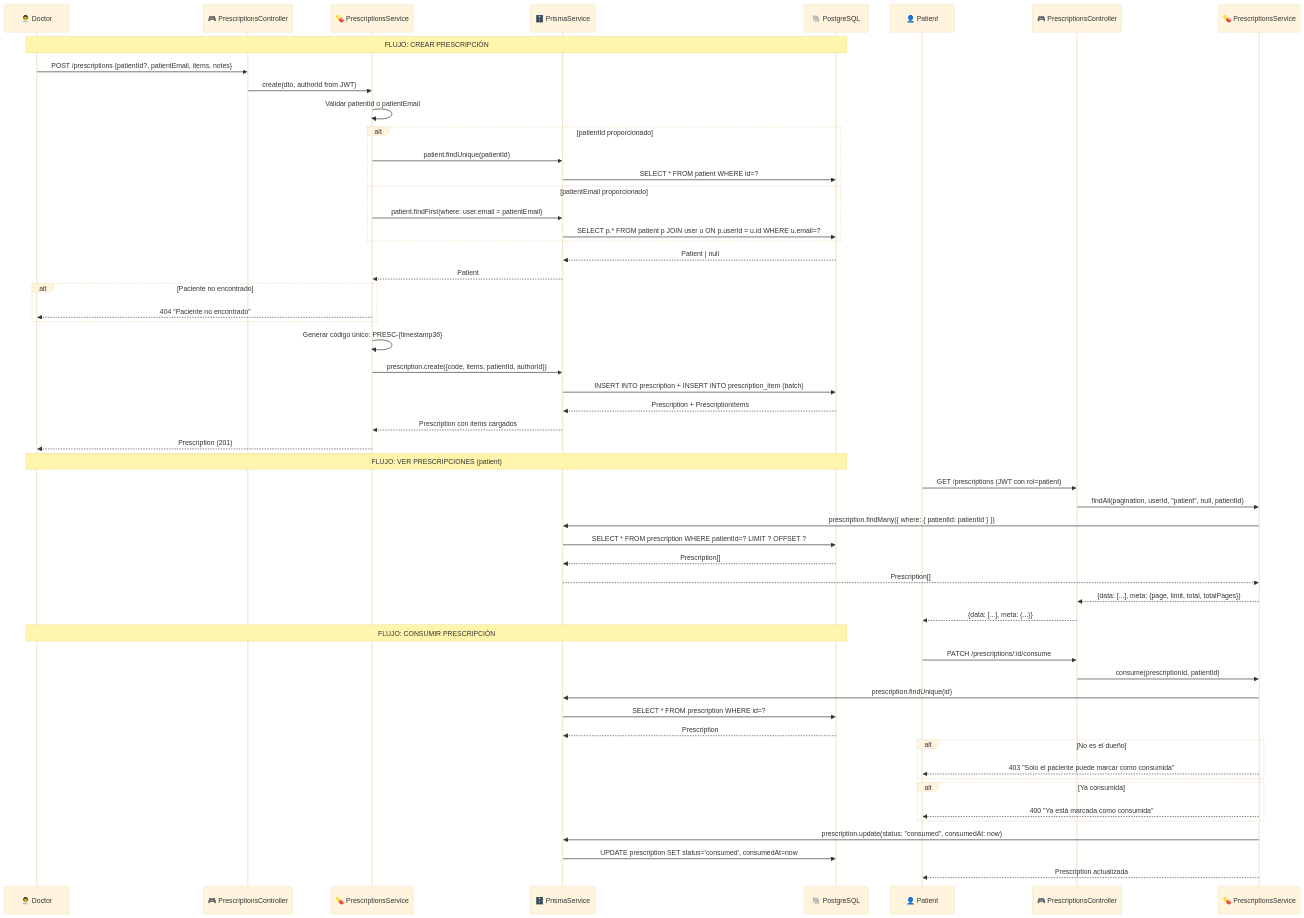
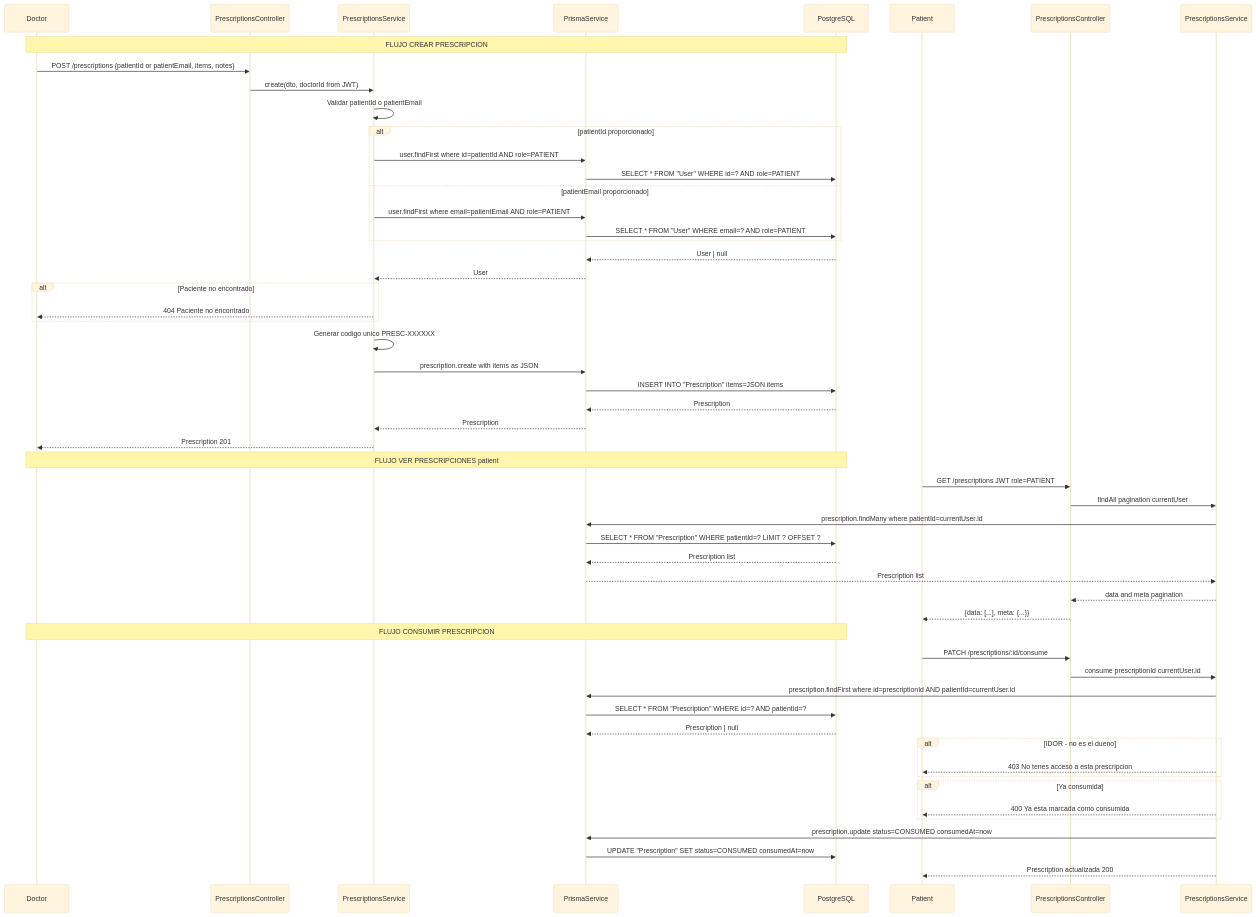
One commit to CristianMz21/prescriptions-app-backend changed the diagram in docs/diagrams/04-flujo-prescription.mmd. Above: the diagram before and after it, drawn with Mermaid. The commit also changed 27 other files, not shown here.

```diff
--- a/docs/diagrams/04-flujo-prescription.mmd
+++ b/docs/diagrams/04-flujo-prescription.mmd
@@ -1,67 +1,67 @@
 %%{init: {"theme": "base", "themeVariables": {"fontSize": "18px"}}}%%
 sequenceDiagram
-    participant D as 👨‍⚕️ Doctor
-    participant PC as 🎮 PrescriptionsController
-    participant PS as 💊 PrescriptionsService
-    participant PR as 🗄️ PrismaService
-    participant DB as 🐘 PostgreSQL
+    participant D as Doctor
+    participant PC as PrescriptionsController
+    participant PS as PrescriptionsService
+    participant PR as PrismaService
+    participant DB as PostgreSQL
 
-    Note over D,DB: FLUJO: CREAR PRESCRIPCIÓN
+    Note over D,DB: FLUJO CREAR PRESCRIPCION
 
-    D->>PC: POST /prescriptions {patientId?, patientEmail, items, notes}
-    PC->>PS: create(dto, authorId from JWT)
+    D->>PC: POST /prescriptions {patientId or patientEmail, items, notes}
+    PC->>PS: create(dto, doctorId from JWT)
     PS->>PS: Validar patientId o patientEmail
 
     alt patientId proporcionado
-        PS->>PR: patient.findUnique(patientId)
-        PR->>DB: SELECT * FROM patient WHERE id=?
+        PS->>PR: user.findFirst where id=patientId AND role=PATIENT
+        PR->>DB: SELECT * FROM "User" WHERE id=? AND role=PATIENT
     else patientEmail proporcionado
-        PS->>PR: patient.findFirst(where: user.email = patientEmail)
-        PR->>DB: SELECT p.* FROM patient p JOIN user u ON p.userId = u.id WHERE u.email=?
+        PS->>PR: user.findFirst where email=patientEmail AND role=PATIENT
+        PR->>DB: SELECT * FROM "User" WHERE email=? AND role=PATIENT
     end
 
-    DB-->>PR: Patient | null
-    PR-->>PS: Patient
+    DB-->>PR: User | null
+    PR-->>PS: User
 
     alt Paciente no encontrado
-        PS-->>D: 404 "Paciente no encontrado"
+        PS-->>D: 404 Paciente no encontrado
     end
 
-    PS->>PS: Generar código único: PRESC-{timestamp36}
-    PS->>PR: prescription.create({code, items, patientId, authorId})
-    PR->>DB: INSERT INTO prescription + INSERT INTO prescription_item (batch)
-    DB-->>PR: Prescription + PrescriptionItems
-    PR-->>PS: Prescription con items cargados
-    PS-->>D: Prescription (201)
+    PS->>PS: Generar codigo unico PRESC-XXXXXX
+    PS->>PR: prescription.create with items as JSON
+    PR->>DB: INSERT INTO "Prescription" items=JSON items
+    DB-->>PR: Prescription
+    PR-->>PS: Prescription
+    PS-->>D: Prescription 201
 
-    Note over D,DB: FLUJO: VER PRESCRIPCIONES (patient)
+    Note over D,DB: FLUJO VER PRESCRIPCIONES patient
 
-    participant Pt as 👤 Patient
-    participant PtC as 🎮 PrescriptionsController
-    participant PtS as 💊 PrescriptionsService
+    participant Pt as Patient
+    participant PtC as PrescriptionsController
+    participant PtS as PrescriptionsService
 
-    Pt->>PtC: GET /prescriptions (JWT con rol=patient)
-    PtC->>PtS: findAll(pagination, userId, "patient", null, patientId)
-    PtS->>PR: prescription.findMany({ where: { patientId: patientId } })
-    PR->>DB: SELECT * FROM prescription WHERE patientId=? LIMIT ? OFFSET ?
-    DB-->>PR: Prescription[]
-    PR-->>PtS: Prescription[]
-    PtS-->>PtC: {data: [...], meta: {page, limit, total, totalPages}}
+    Pt->>PtC: GET /prescriptions JWT role=PATIENT
+    PtC->>PtS: findAll pagination currentUser
+    PtS->>PR: prescription.findMany where patientId=currentUser.id
+    PR->>DB: SELECT * FROM "Prescription" WHERE patientId=? LIMIT ? OFFSET ?
+    DB-->>PR: Prescription list
+    PR-->>PtS: Prescription list
+    PtS-->>PtC: data and meta pagination
     PtC-->>Pt: {data: [...], meta: {...}}
 
-    Note over D,DB: FLUJO: CONSUMIR PRESCRIPCIÓN
+    Note over D,DB: FLUJO CONSUMIR PRESCRIPCION
 
     Pt->>PtC: PATCH /prescriptions/:id/consume
-    PtC->>PtS: consume(prescriptionId, patientId)
-    PtS->>PR: prescription.findUnique(id)
-    PR->>DB: SELECT * FROM prescription WHERE id=?
-    DB-->>PR: Prescription
-    alt No es el dueño
-        PtS-->>Pt: 403 "Solo el paciente puede marcar como consumida"
+    PtC->>PtS: consume prescriptionId currentUser.id
+    PtS->>PR: prescription.findFirst where id=prescriptionId AND patientId=currentUser.id
+    PR->>DB: SELECT * FROM "Prescription" WHERE id=? AND patientId=?
+    DB-->>PR: Prescription | null
+    alt IDOR - no es el dueno
+        PtS-->>Pt: 403 No tenes acceso a esta prescripcion
     end
     alt Ya consumida
-        PtS-->>Pt: 400 "Ya está marcada como consumida"
+        PtS-->>Pt: 400 Ya esta marcada como consumida
     end
-    PtS->>PR: prescription.update(status: "consumed", consumedAt: now)
-    PR->>DB: UPDATE prescription SET status='consumed', consumedAt=now
-    PtS-->>Pt: Prescription actualizada
+    PtS->>PR: prescription.update status=CONSUMED consumedAt=now
+    PR->>DB: UPDATE "Prescription" SET status=CONSUMED consumedAt=now
+    PtS-->>Pt: Prescription actualizada 200
```
